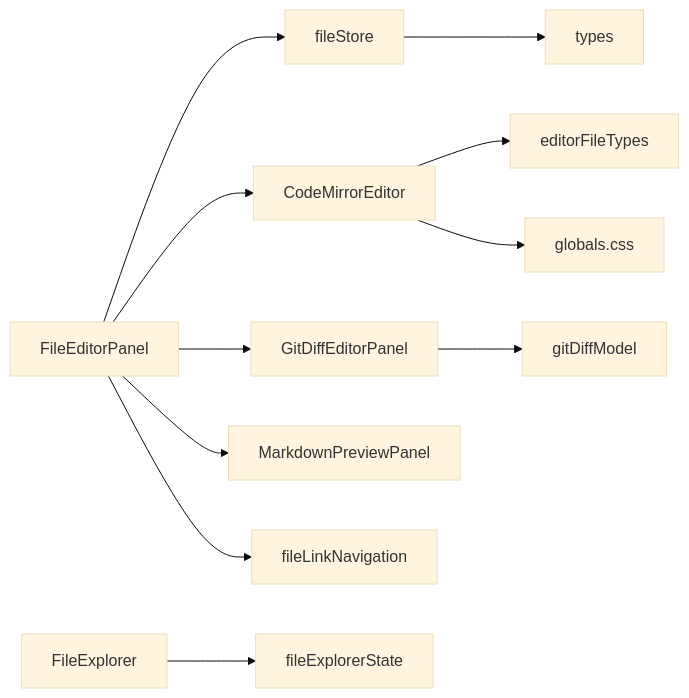
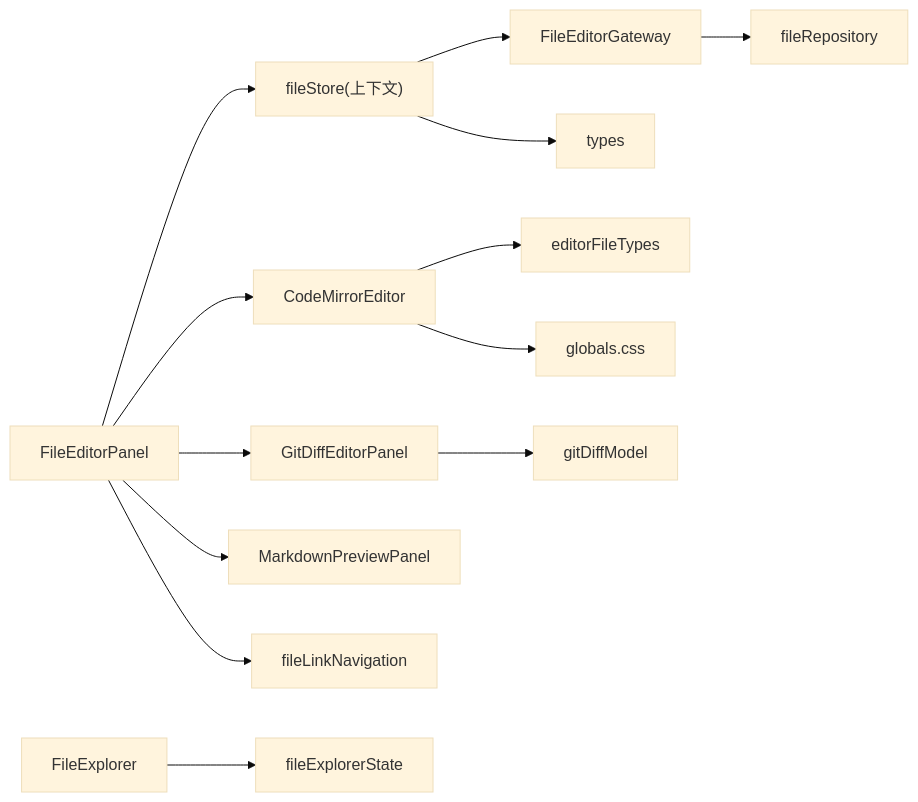
Before and after one commit to yattin/panes: the ninth of 9 diagrams in .qoder/repowiki/zh/content/核心功能/代码编辑器/代码编辑器.md, drawn with Mermaid (base theme). The commit also changed other lines of this file and 45 other files, not shown here.

````diff
--- a/.qoder/repowiki/zh/content/核心功能/代码编辑器/代码编辑器.md
+++ b/.qoder/repowiki/zh/content/核心功能/代码编辑器/代码编辑器.md
@@ -341,13 +460,15 @@
 ```mermaid
 graph LR
-FE["FileEditorPanel"] --> FS["fileStore"]
+FE["FileEditorPanel"] --> FS["fileStore(上下文)"]
 FE --> CME["CodeMirrorEditor"]
 FE --> GDEP["GitDiffEditorPanel"]
 FE --> MDP["MarkdownPreviewPanel"]
+FS --> FEG["FileEditorGateway"]
+FEG --> FRP["fileRepository"]
+FS --> Types["types"]
 CME --> EFT["editorFileTypes"]
 GDEP --> GDM["gitDiffModel"]
 FE --> FLN["fileLinkNavigation"]
 FileExplorer --> FES["fileExplorerState"]
-FS --> Types["types"]
 CME --> Globals["globals.css"]
 ```
````
